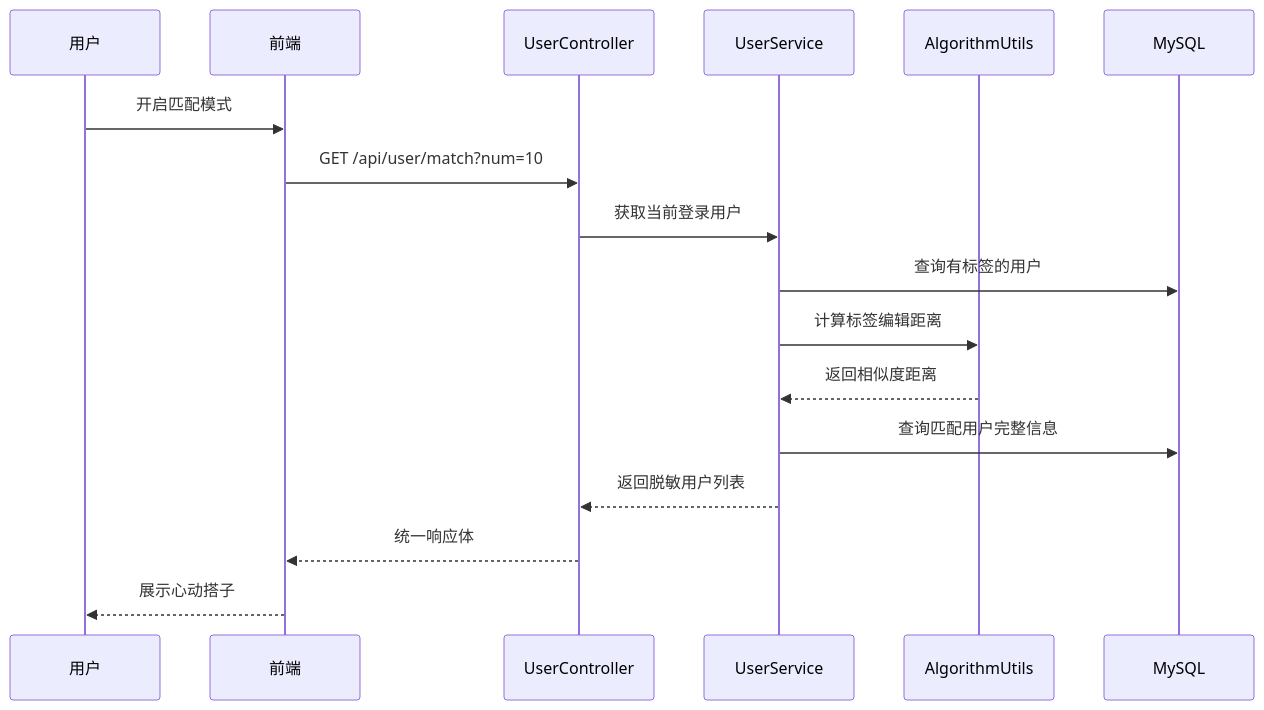
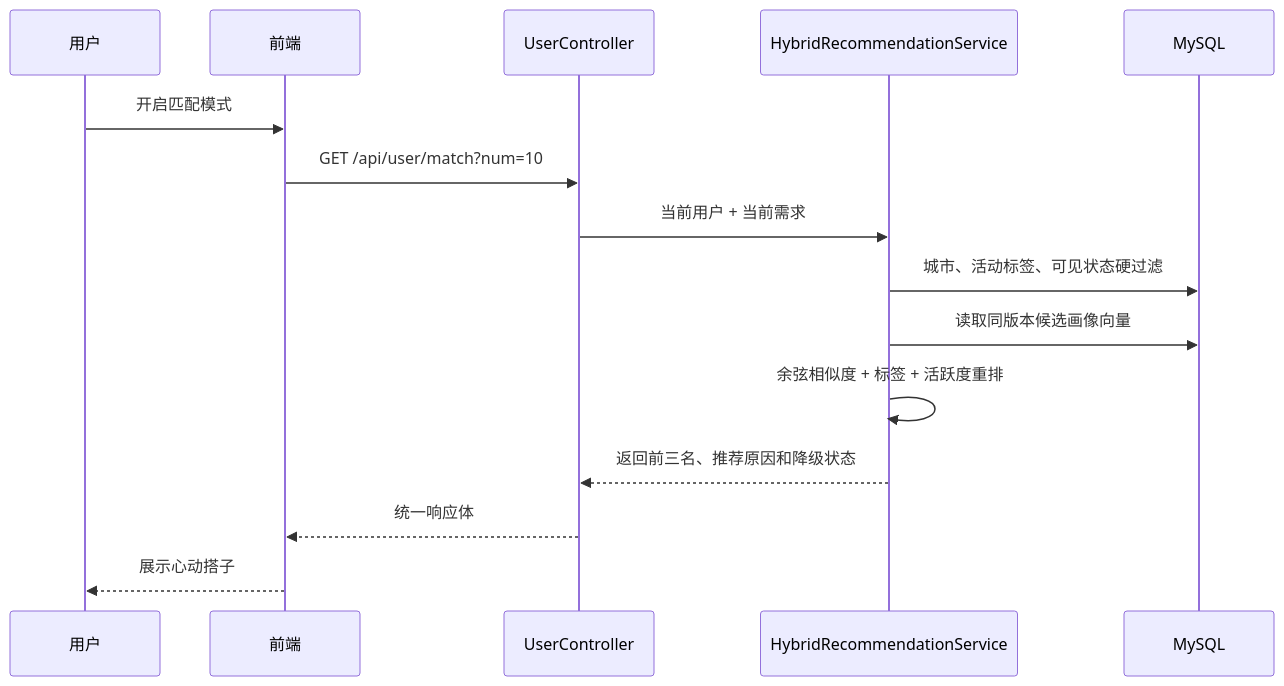
Before and after one commit to Code-Mikle/sync-up: the second of 4 diagrams in README.md, drawn with Mermaid. The commit also changed other lines of this file and 78 other files, not shown here.

````diff
--- a/README.md
+++ b/README.md
@@ -144,20 +163,18 @@
 ```mermaid
 sequenceDiagram
     participant U as 用户
     participant F as 前端
     participant C as UserController
-    participant S as UserService
-    participant A as AlgorithmUtils
+    participant R as HybridRecommendationService
     participant D as MySQL
 
     U->>F: 开启匹配模式
     F->>C: GET /api/user/match?num=10
-    C->>S: 获取当前登录用户
-    S->>D: 查询有标签的用户
-    S->>A: 计算标签编辑距离
-    A-->>S: 返回相似度距离
-    S->>D: 查询匹配用户完整信息
-    S-->>C: 返回脱敏用户列表
+    C->>R: 当前用户 + 当前需求
+    R->>D: 城市、活动标签、可见状态硬过滤
+    R->>D: 读取同版本候选画像向量
+    R->>R: 余弦相似度 + 标签 + 活跃度重排
+    R-->>C: 返回前三名、推荐原因和降级状态
     C-->>F: 统一响应体
     F-->>U: 展示心动搭子
 ```
````
